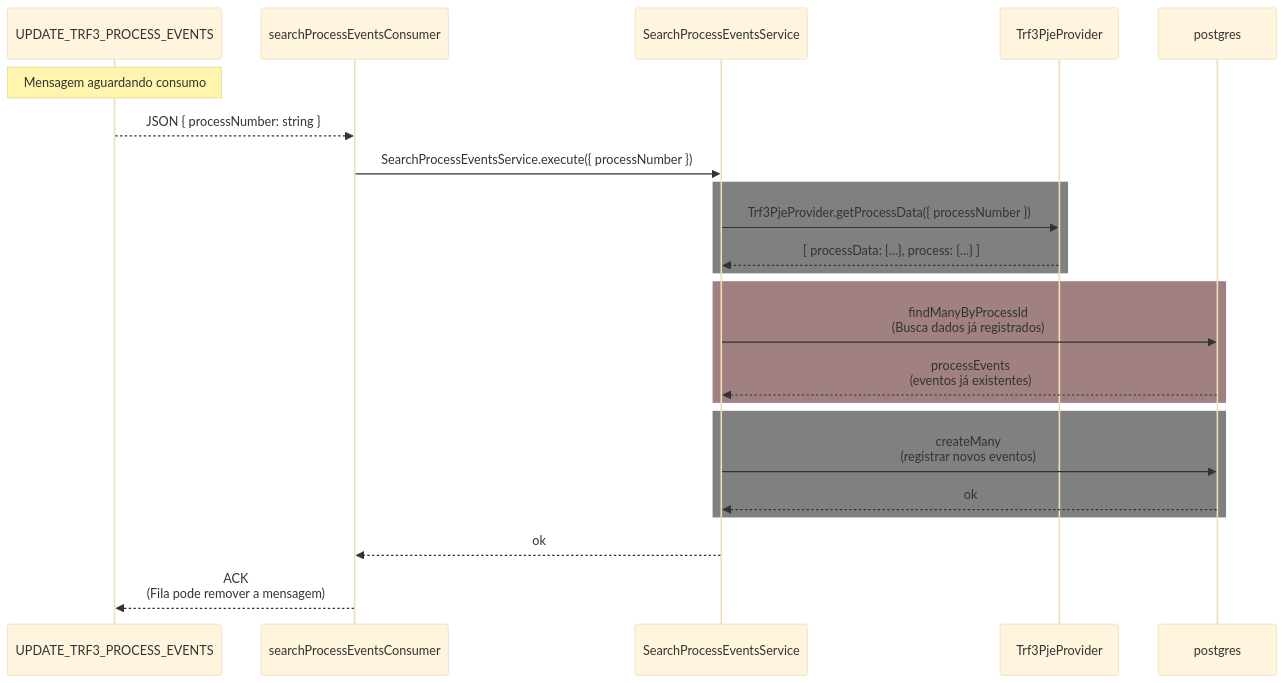
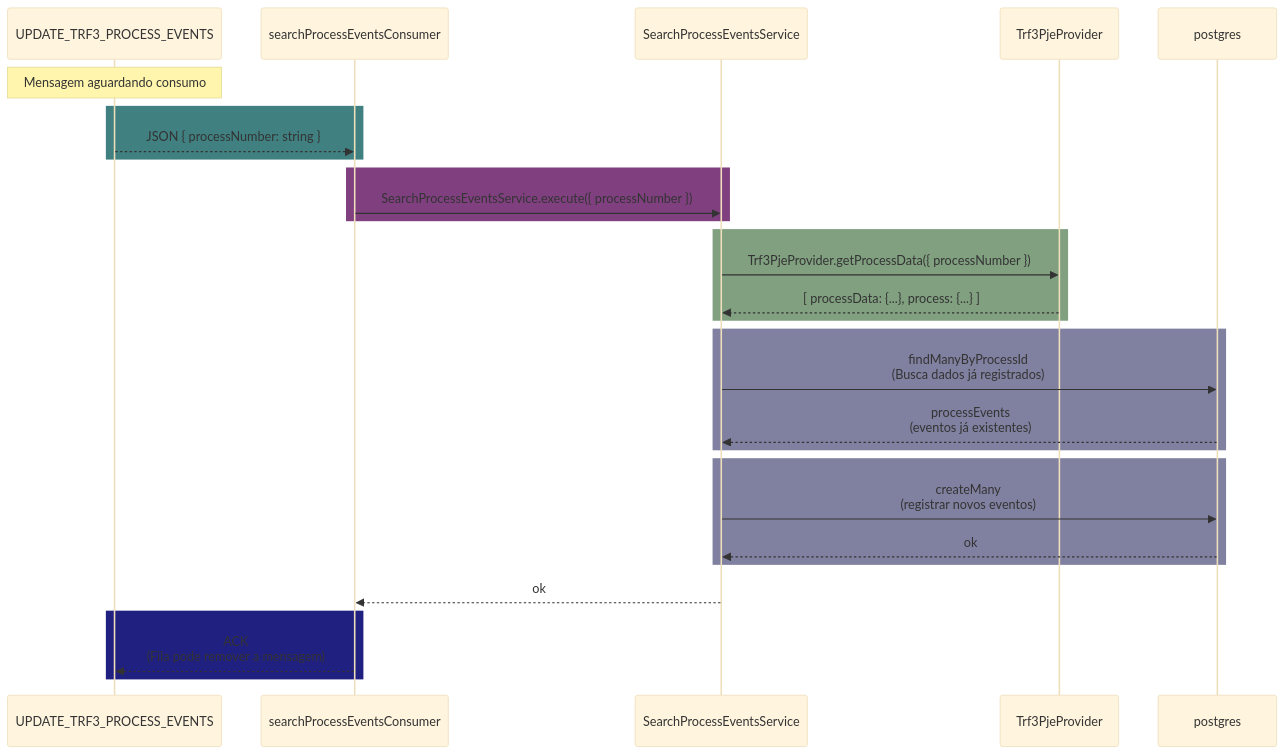
One commit to poxaIan/teste-MD changed the first of 2 diagrams in README.md. Above: the diagram before and after it, drawn with Mermaid (base theme). The commit also changed other lines of this file, not shown here.

````diff
--- a/README.md
+++ b/README.md
@@ -40,65 +41,47 @@
 ```mermaid
 %% Fluxo: Busca de Eventos de Processos (UPDATE_TRF3_PROCESS_EVENTS)
-
-  
 
 sequenceDiagram
 
     participant UPDATE_TRF3_PROCESS_EVENTS
-
     participant searchProcessEventsConsumer
-
     participant SearchProcessEventsService
-
     participant Trf3PjeProvider
-
     participant postgres
-
-  
 
     %% 1) Mensagem chega na fila e é consumida
 
     Note over UPDATE_TRF3_PROCESS_EVENTS: Mensagem aguardando consumo
-
-    UPDATE_TRF3_PROCESS_EVENTS-->>searchProcessEventsConsumer: JSON { processNumber: string }
-
-  
+    rect rgb(64, 128, 128)
+        UPDATE_TRF3_PROCESS_EVENTS-->>searchProcessEventsConsumer: JSON { processNumber: string }
+    end
 
     %% 2) searchProcessEventsConsumer chama o serviço principal
-
-    searchProcessEventsConsumer->>SearchProcessEventsService: SearchProcessEventsService.execute({ processNumber })
-
-  
+    rect rgb(128, 64, 128)
+        searchProcessEventsConsumer->>SearchProcessEventsService: SearchProcessEventsService.execute({ processNumber })
+    end
 
     %% 3) Serviço busca dados do processo no TRF3 (PJe)
-    rect rgb(128, 128, 128)
-    SearchProcessEventsService->>Trf3PjeProvider: Trf3PjeProvider.getProcessData({ processNumber })
-
-    Trf3PjeProvider-->>SearchProcessEventsService: [ processData: {...}, process: {...} ]
-end
-  
+    rect rgb(128, 160, 128)
+        SearchProcessEventsService->>Trf3PjeProvider: Trf3PjeProvider.getProcessData({ processNumber })
+        Trf3PjeProvider-->>SearchProcessEventsService: [ processData: {...}, process: {...} ]
+    end
 
     %% 4) Verificar eventos já existentes
-    rect rgb(160, 128, 128)
-
-    SearchProcessEventsService->>postgres: findManyByProcessId<br/>(Busca dados já registrados)
-
-    postgres-->>SearchProcessEventsService: processEvents<br/>(eventos já existentes)
-end
-  
+    rect rgb(128, 128, 160)
+        SearchProcessEventsService->>postgres: findManyByProcessId<br/>(Busca dados já registrados)
+        postgres-->>SearchProcessEventsService: processEvents<br/>(eventos já existentes)
+    end
 
     %% 5) Registrar novos eventos
-    rect rgb(128, 128, 128)
-
-    SearchProcessEventsService->>postgres: createMany<br/>(registrar novos eventos)
-
-    postgres-->>SearchProcessEventsService: ok
-end
-  
+    rect rgb(128, 128, 160)
+        SearchProcessEventsService->>postgres: createMany<br/>(registrar novos eventos)
+        postgres-->>SearchProcessEventsService: ok
+    end
 
     %% 6) Fim
-
     SearchProcessEventsService-->>searchProcessEventsConsumer: ok
-
-    searchProcessEventsConsumer-->>UPDATE_TRF3_PROCESS_EVENTS: ACK<br/>(Fila pode remover a mensagem)
+    rect rgb(32, 32, 128)
+        searchProcessEventsConsumer-->>UPDATE_TRF3_PROCESS_EVENTS: ACK<br/>(Fila pode remover a mensagem)
+    end
 ```
````
